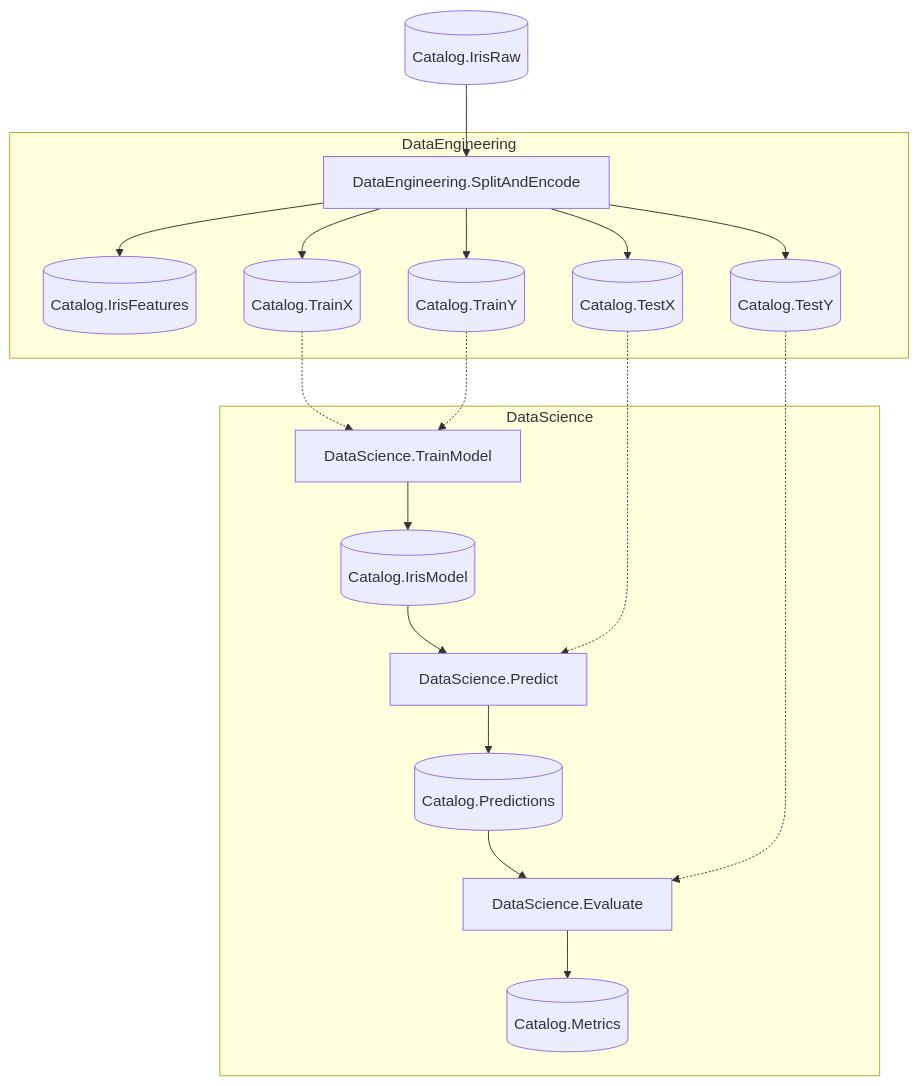
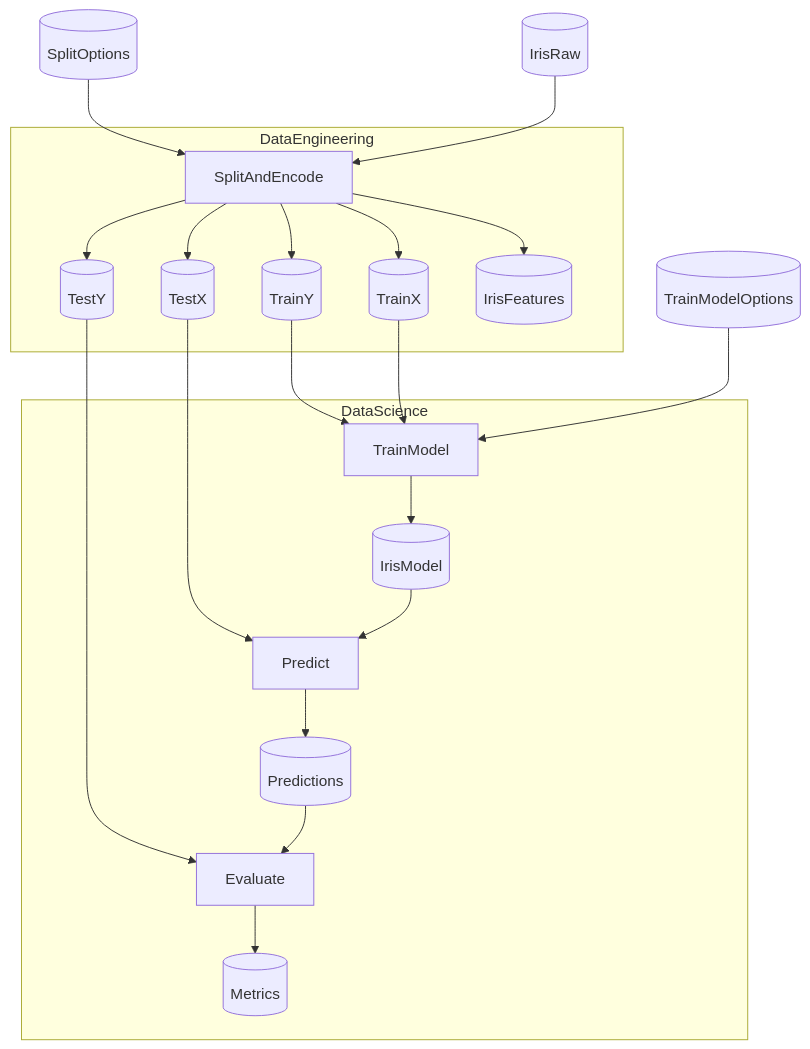
One commit to chaoticgoodcomputing/flowthru changed the diagram in examples/starter/KedroIris/README.md. Above: the diagram before and after it, drawn with Mermaid. The commit also changed other lines of this file and 75 other files, not shown here.

````diff
--- a/examples/starter/KedroIris/README.md
+++ b/examples/starter/KedroIris/README.md
@@ -24,45 +25,46 @@
 ```mermaid
 flowchart TB
 
     %% External Data Inputs
-    Catalog_IrisRaw[("Catalog.IrisRaw")]
+    IrisRaw[("IrisRaw")]
+    SplitOptions[("SplitOptions")]
+    TrainModelOptions[("TrainModelOptions")]
 
     subgraph DataEngineering["DataEngineering"]
-        DataEngineering_SplitAndEncode["DataEngineering.SplitAndEncode"]
-        Catalog_IrisFeatures[("Catalog.IrisFeatures")]
-        Catalog_TrainX[("Catalog.TrainX")]
-        Catalog_TrainY[("Catalog.TrainY")]
-        Catalog_TestX[("Catalog.TestX")]
-        Catalog_TestY[("Catalog.TestY")]
-
-        DataEngineering_SplitAndEncode --> Catalog_IrisFeatures
-        DataEngineering_SplitAndEncode --> Catalog_TrainX
-        DataEngineering_SplitAndEncode --> Catalog_TrainY
-        DataEngineering_SplitAndEncode --> Catalog_TestX
-        DataEngineering_SplitAndEncode --> Catalog_TestY
+        SplitAndEncode["SplitAndEncode"]
+        IrisFeatures[("IrisFeatures")]
+        TrainX[("TrainX")]
+        TrainY[("TrainY")]
+        TestX[("TestX")]
+        TestY[("TestY")]
     end
 
     subgraph DataScience["DataScience"]
-        DataScience_TrainModel["DataScience.TrainModel"]
-        DataScience_Predict["DataScience.Predict"]
-        DataScience_Evaluate["DataScience.Evaluate"]
-        Catalog_IrisModel[("Catalog.IrisModel")]
-        Catalog_Predictions[("Catalog.Predictions")]
-        Catalog_Metrics[("Catalog.Metrics")]
-
-        DataScience_TrainModel --> Catalog_IrisModel
-        Catalog_IrisModel --> DataScience_Predict
-        DataScience_Predict --> Catalog_Predictions
-        Catalog_Predictions --> DataScience_Evaluate
-        DataScience_Evaluate --> Catalog_Metrics
+        TrainModel["TrainModel"]
+        IrisModel[("IrisModel")]
+        Predict["Predict"]
+        Predictions[("Predictions")]
+        Evaluate["Evaluate"]
+        Metrics[("Metrics")]
     end
 
-    %% External Data to Flow Edges
-    Catalog_IrisRaw --> DataEngineering_SplitAndEncode
+    %% Edges
+    IrisRaw --> SplitAndEncode
+    SplitOptions --> SplitAndEncode
+    SplitAndEncode --> IrisFeatures
+    SplitAndEncode --> TrainX
+    SplitAndEncode --> TrainY
+    SplitAndEncode --> TestX
+    SplitAndEncode --> TestY
+    TrainX --> TrainModel
+    TrainY --> TrainModel
+    TrainModelOptions --> TrainModel
+    TrainModel --> IrisModel
+    IrisModel --> Predict
+    TestX --> Predict
+    Predict --> Predictions
+    Predictions --> Evaluate
+    TestY --> Evaluate
+    Evaluate --> Metrics
 
-    %% Cross-Flow Data Flow
-    Catalog_TrainX -.-> DataScience_TrainModel
-    Catalog_TrainY -.-> DataScience_TrainModel
-    Catalog_TestX -.-> DataScience_Predict
-    Catalog_TestY -.-> DataScience_Evaluate
 ```
````
